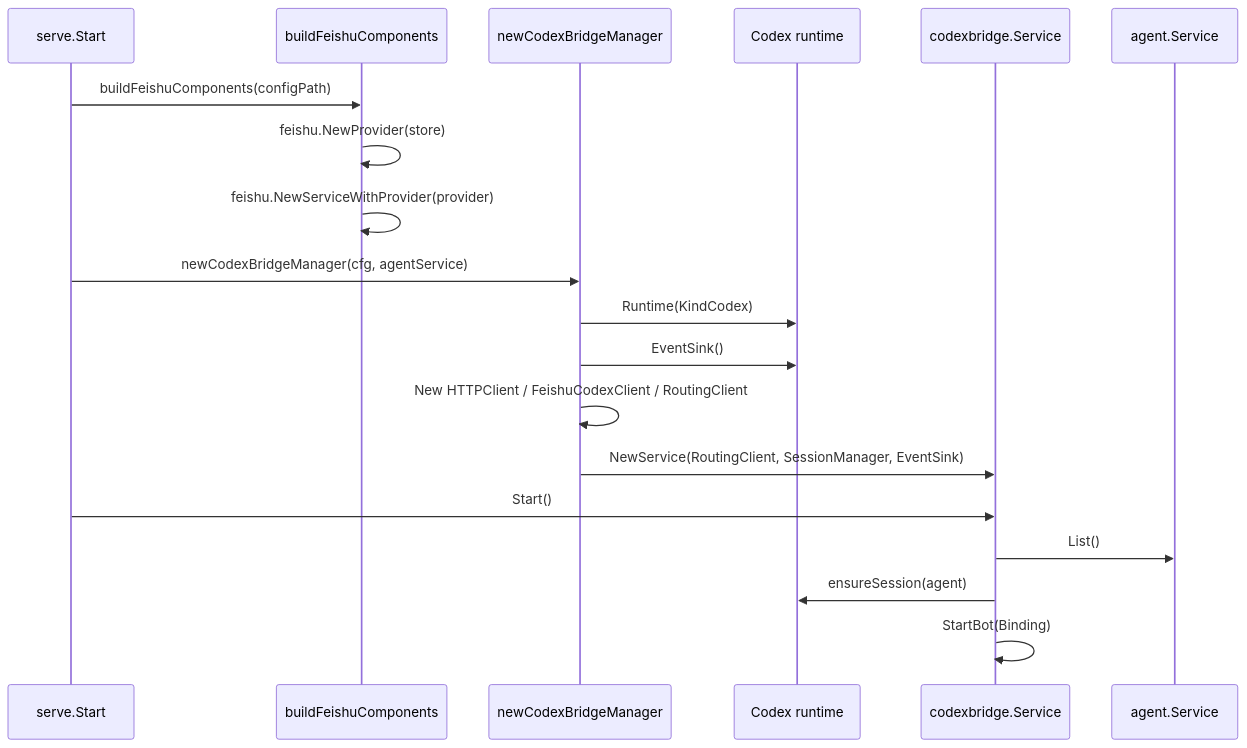
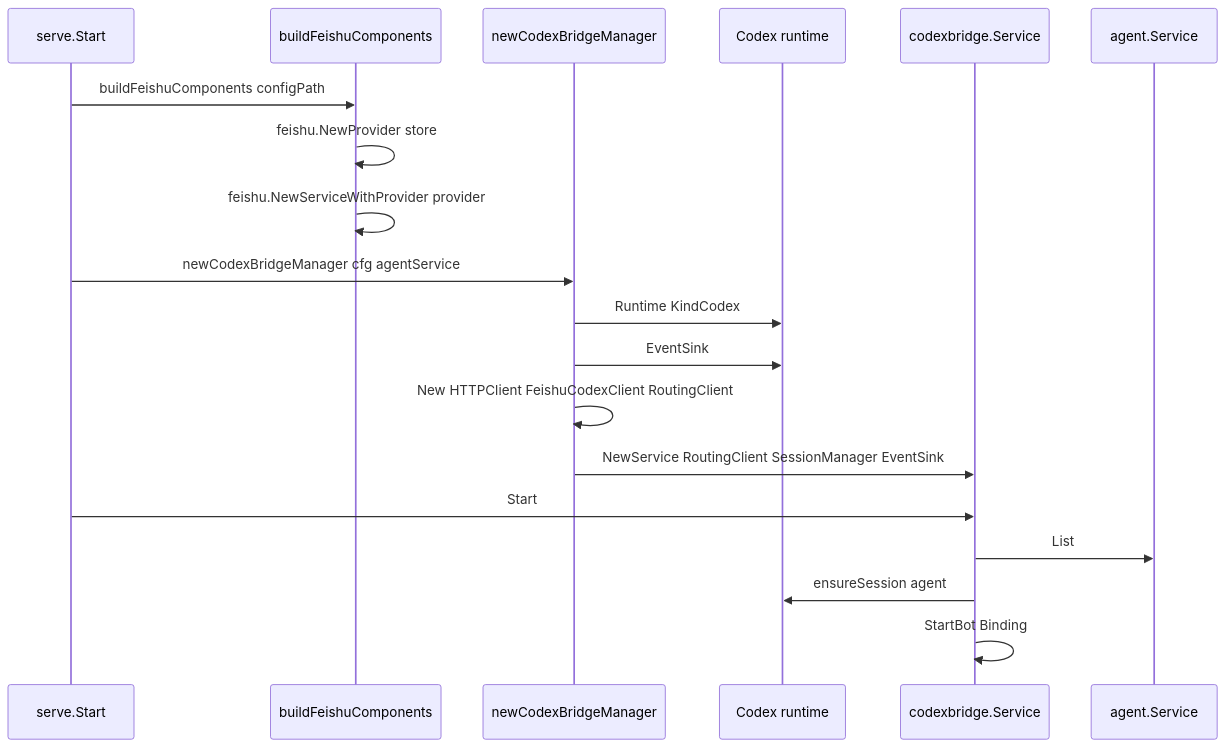
One commit to GatewayJ/csgclaw changed the ninth of 12 diagrams in docs/channel/codex-feishu.zh.md. Above: the diagram before and after it, drawn with Mermaid. The commit also changed other lines of this file, not shown here.

Commit message:
docs: simplify mermaid sequence syntax

````diff
--- a/docs/channel/codex-feishu.zh.md
+++ b/docs/channel/codex-feishu.zh.md
@@ -387,22 +389,22 @@
 ```mermaid
 sequenceDiagram
     participant Serve as serve.Start
     participant Feishu as buildFeishuComponents
     participant Manager as newCodexBridgeManager
     participant Runtime as Codex runtime
     participant Bridge as codexbridge.Service
     participant Agent as agent.Service
 
-    Serve->>Feishu: buildFeishuComponents(configPath)
-    Feishu->>Feishu: feishu.NewProvider(store)
-    Feishu->>Feishu: feishu.NewServiceWithProvider(provider)
-    Serve->>Manager: newCodexBridgeManager(cfg, agentService)
-    Manager->>Runtime: Runtime(KindCodex)
-    Manager->>Runtime: EventSink()
-    Manager->>Manager: New HTTPClient / FeishuCodexClient / RoutingClient
-    Manager->>Bridge: NewService(RoutingClient, SessionManager, EventSink)
-    Serve->>Bridge: Start()
-    Bridge->>Agent: List()
-    Bridge->>Runtime: ensureSession(agent)
-    Bridge->>Bridge: StartBot(Binding)
+    Serve->>Feishu: buildFeishuComponents configPath
+    Feishu->>Feishu: feishu.NewProvider store
+    Feishu->>Feishu: feishu.NewServiceWithProvider provider
+    Serve->>Manager: newCodexBridgeManager cfg agentService
+    Manager->>Runtime: Runtime KindCodex
+    Manager->>Runtime: EventSink
+    Manager->>Manager: New HTTPClient FeishuCodexClient RoutingClient
+    Manager->>Bridge: NewService RoutingClient SessionManager EventSink
+    Serve->>Bridge: Start
+    Bridge->>Agent: List
+    Bridge->>Runtime: ensureSession agent
+    Bridge->>Bridge: StartBot Binding
 ```
````
